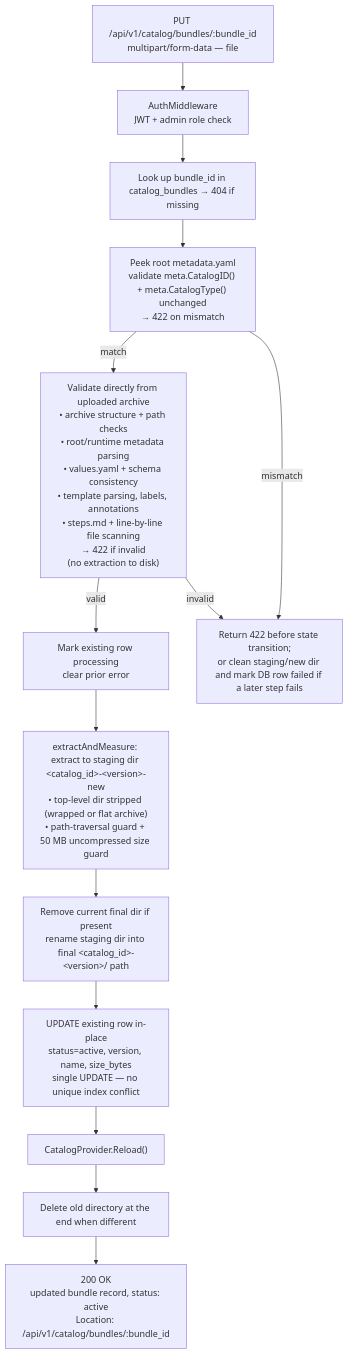
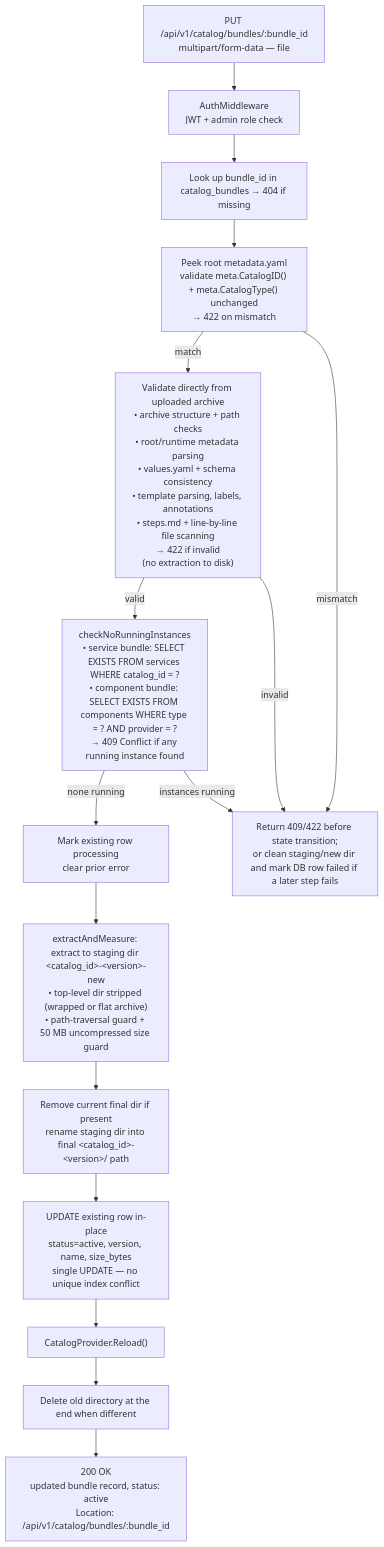
One commit to Abhishek-Kushwaha1/project-ai-services changed the third of 5 diagrams in docs/proposals/catalog/custom-service-templates-proposal.md. Above: the diagram before and after it, drawn with Mermaid. The commit also changed other lines of this file and 12 other files, not shown here.

````diff
--- a/docs/proposals/catalog/custom-service-templates-proposal.md
+++ b/docs/proposals/catalog/custom-service-templates-proposal.md
@@ -700,22 +703,25 @@
 ```mermaid
 flowchart TD
     REQ["PUT /api/v1/catalog/bundles/:bundle_id<br/>multipart/form-data — file"]
     AUTH["AuthMiddleware<br/>JWT + admin role check"]
     LOOKUP["Look up bundle_id in catalog_bundles → 404 if missing"]
     PEEK["Peek root metadata.yaml<br/>validate meta.CatalogID() + meta.CatalogType() unchanged<br/>→ 422 on mismatch"]
     VALIDATE["Validate directly from uploaded archive<br/>• archive structure + path checks<br/>• root/runtime metadata parsing<br/>• values.yaml + schema consistency<br/>• template parsing, labels, annotations<br/>• steps.md + line-by-line file scanning<br/>→ 422 if invalid<br/>(no extraction to disk)"]
+    GUARDCHECK["checkNoRunningInstances<br/>• service bundle: SELECT EXISTS FROM services WHERE catalog_id = ?<br/>• component bundle: SELECT EXISTS FROM components WHERE type = ? AND provider = ?<br/>→ 409 Conflict if any running instance found"]
     MARKPROC["Mark existing row processing<br/>clear prior error"]
     EXTRACT["extractAndMeasure: extract to staging dir &lt;catalog_id&gt;-&lt;version&gt;-new<br/>• top-level dir stripped (wrapped or flat archive)<br/>• path-traversal guard + 50 MB uncompressed size guard"]
     SWAP["Remove current final dir if present<br/>rename staging dir into final &lt;catalog_id&gt;-&lt;version&gt;/ path"]
     DBUPDATE["UPDATE existing row in-place<br/>status=active, version, name, size_bytes<br/>single UPDATE — no unique index conflict"]
     RELOAD["CatalogProvider.Reload()"]
     RMOLDDIR["Delete old directory at the end when different"]
     RESP["200 OK<br/>updated bundle record, status: active<br/>Location: /api/v1/catalog/bundles/:bundle_id"]
-    FAIL["Return 422 before state transition;<br/>or clean staging/new dir and mark DB row failed if a later step fails"]
+    FAIL["Return 409/422 before state transition;<br/>or clean staging/new dir and mark DB row failed if a later step fails"]
 
     REQ --> AUTH --> LOOKUP --> PEEK
     PEEK -->|"match"| VALIDATE
     PEEK -->|"mismatch"| FAIL
     VALIDATE -->|"invalid"| FAIL
-    VALIDATE -->|"valid"| MARKPROC --> EXTRACT --> SWAP --> DBUPDATE --> RELOAD --> RMOLDDIR --> RESP
+    VALIDATE -->|"valid"| GUARDCHECK
+    GUARDCHECK -->|"instances running"| FAIL
+    GUARDCHECK -->|"none running"| MARKPROC --> EXTRACT --> SWAP --> DBUPDATE --> RELOAD --> RMOLDDIR --> RESP
 ```
````
